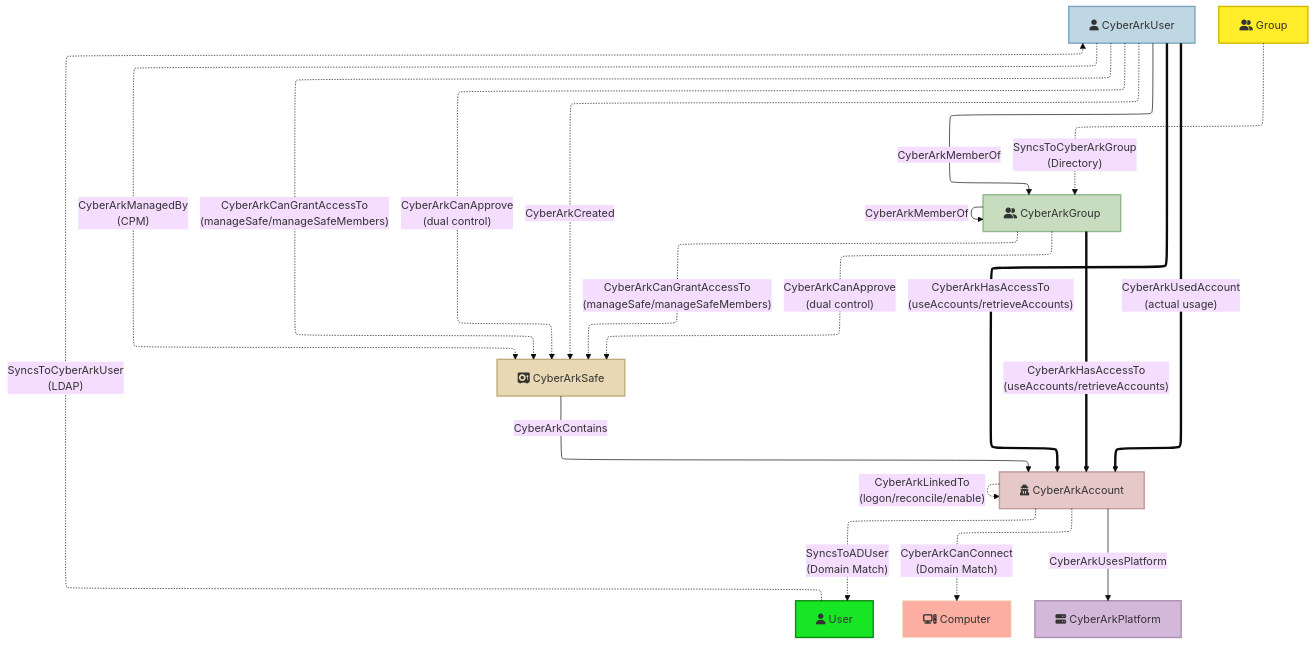
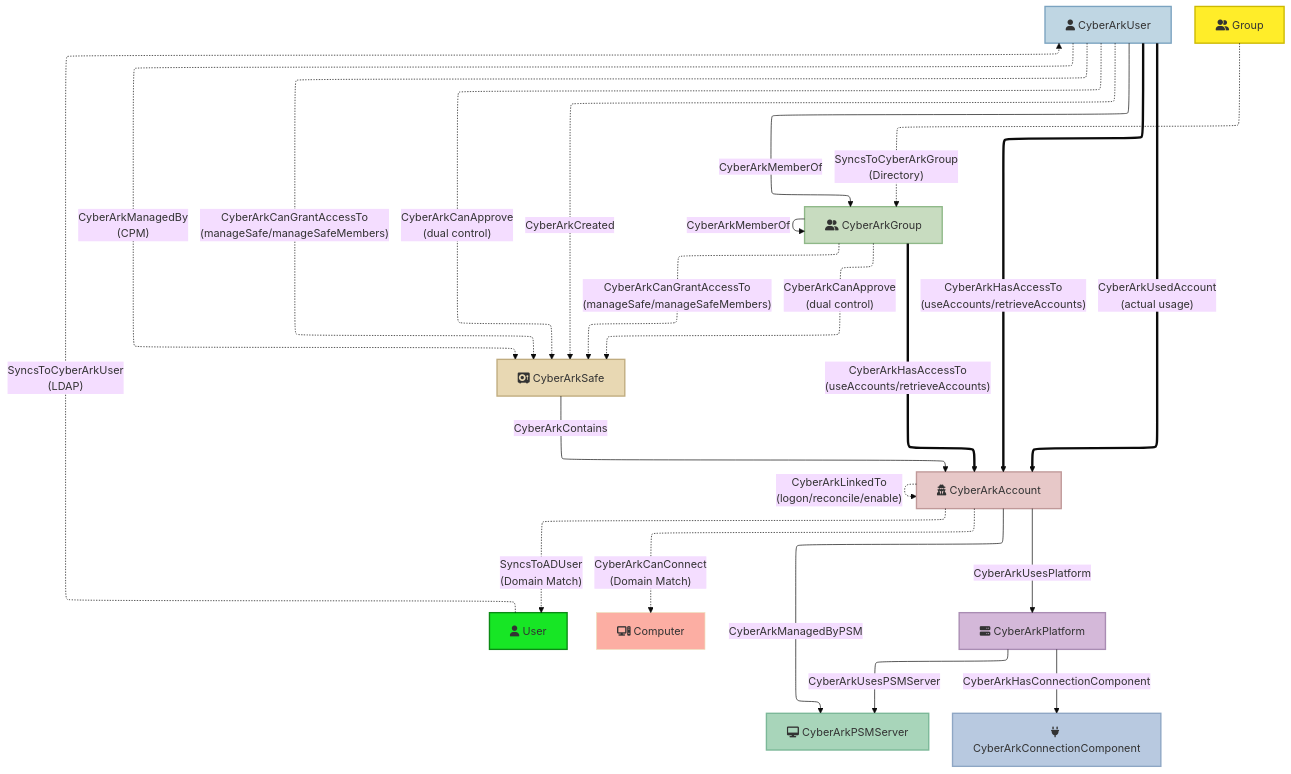
One commit to jazofra/CyberArkHound changed the diagram in README.md. Above: the diagram before and after it, drawn with Mermaid (base theme). The commit also changed other lines of this file, not shown here.

First line of the commit message:
Update README with PSM servers, connection components, and fallback documentation

````diff
--- a/README.md
+++ b/README.md
@@ -643,33 +690,38 @@
 ```mermaid
 ---
 config:
  layout: elk
 ---
 flowchart TD
  User["fa:fa-user User"] -. SyncsToCyberArkUser<br>(LDAP) .-> CyberArkUser["fa:fa-user CyberArkUser"]
  Group["fa:fa-user-group Group"] -. SyncsToCyberArkGroup<br>(Directory) .-> CyberArkGroup["fa:fa-user-group CyberArkGroup"]
  CyberArkAccount["fa:fa-user-secret CyberArkAccount"] -. SyncsToADUser<br>(Domain Match) .-> User
  CyberArkAccount -. CyberArkCanConnect<br>(Domain Match) .-> Computer["fa:fa-computer Computer"]
  CyberArkUser -- CyberArkMemberOf --> CyberArkGroup
  CyberArkGroup -- CyberArkMemberOf --> CyberArkGroup
  CyberArkUser == CyberArkHasAccessTo<br>(useAccounts/retrieveAccounts) ==> CyberArkAccount
  CyberArkGroup == CyberArkHasAccessTo<br>(useAccounts/retrieveAccounts) ==> CyberArkAccount
  CyberArkUser == CyberArkUsedAccount<br>(actual usage) ==> CyberArkAccount
  CyberArkUser -. CyberArkCanGrantAccessTo<br>(manageSafe/manageSafeMembers) .-> CyberArkSafe["fa:fa-vault CyberArkSafe"]
  CyberArkGroup -. CyberArkCanGrantAccessTo<br>(manageSafe/manageSafeMembers) .-> CyberArkSafe
  CyberArkUser -. CyberArkCanApprove<br>(dual control) .-> CyberArkSafe
  CyberArkGroup -. CyberArkCanApprove<br>(dual control) .-> CyberArkSafe
  CyberArkSafe -- CyberArkContains --> CyberArkAccount
  CyberArkUser -. CyberArkCreated .-> CyberArkSafe
  CyberArkUser -. CyberArkManagedBy<br>(CPM) .-> CyberArkSafe
  CyberArkAccount -. CyberArkLinkedTo<br>(logon/reconcile/enable) .-> CyberArkAccount
  CyberArkAccount -- CyberArkUsesPlatform --> CyberArkPlatform["fa:fa-server CyberArkPlatform"]
+ CyberArkAccount -- CyberArkManagedByPSM --> CyberArkPSMServer["fa:fa-desktop CyberArkPSMServer"]
+ CyberArkPlatform -- CyberArkUsesPSMServer --> CyberArkPSMServer
+ CyberArkPlatform -- CyberArkHasConnectionComponent --> CyberArkConnectionComponent["fa:fa-plug CyberArkConnectionComponent"]
  style User fill:#17E625,stroke:#0B8A14,stroke-width:2px
  style Computer fill:#FCAEA3,stroke:DF7E71,stroke-widthg:2px
  style CyberArkUser fill:#BFD6E3,stroke:#7BA3C0,stroke-width:2px
  style Group fill:#FFED29,stroke:#CCB900,stroke-width:2px
  style CyberArkGroup fill:#C8DCC0,stroke:#8FB888,stroke-width:2px
  style CyberArkAccount fill:#E7C8C8,stroke:#C09999,stroke-width:2px
  style CyberArkSafe fill:#E8D8B3,stroke:#C0AC7F,stroke-width:2px
  style CyberArkPlatform fill:#D4B8D9,stroke:#A98CB3,stroke-width:2px
+ style CyberArkPSMServer fill:#A8D5BA,stroke:#7BB898,stroke-width:2px
+ style CyberArkConnectionComponent fill:#B8C9E0,stroke:#8EA6C4,stroke-width:2px
 ```
````
